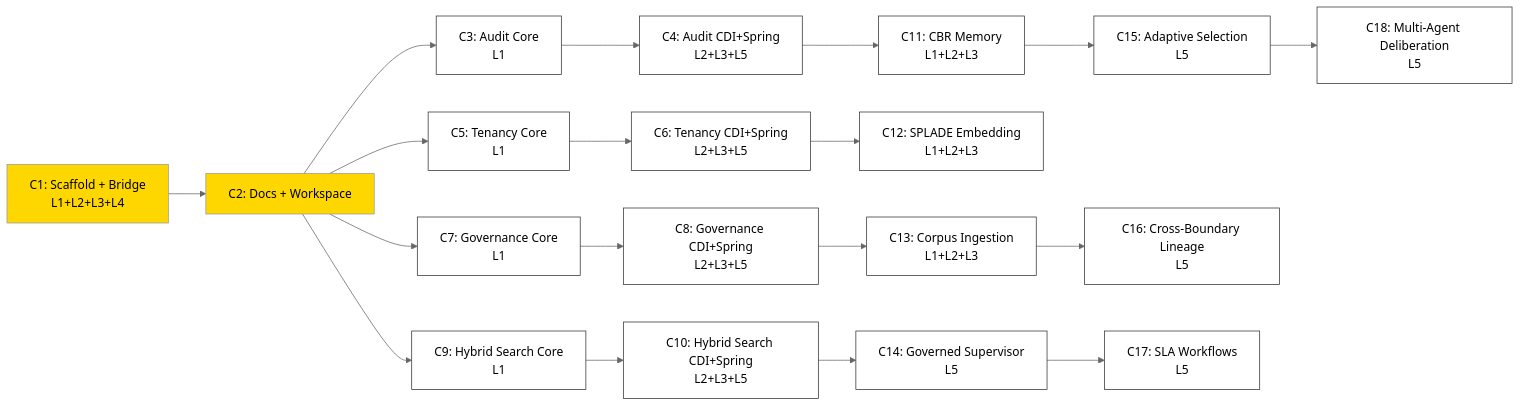
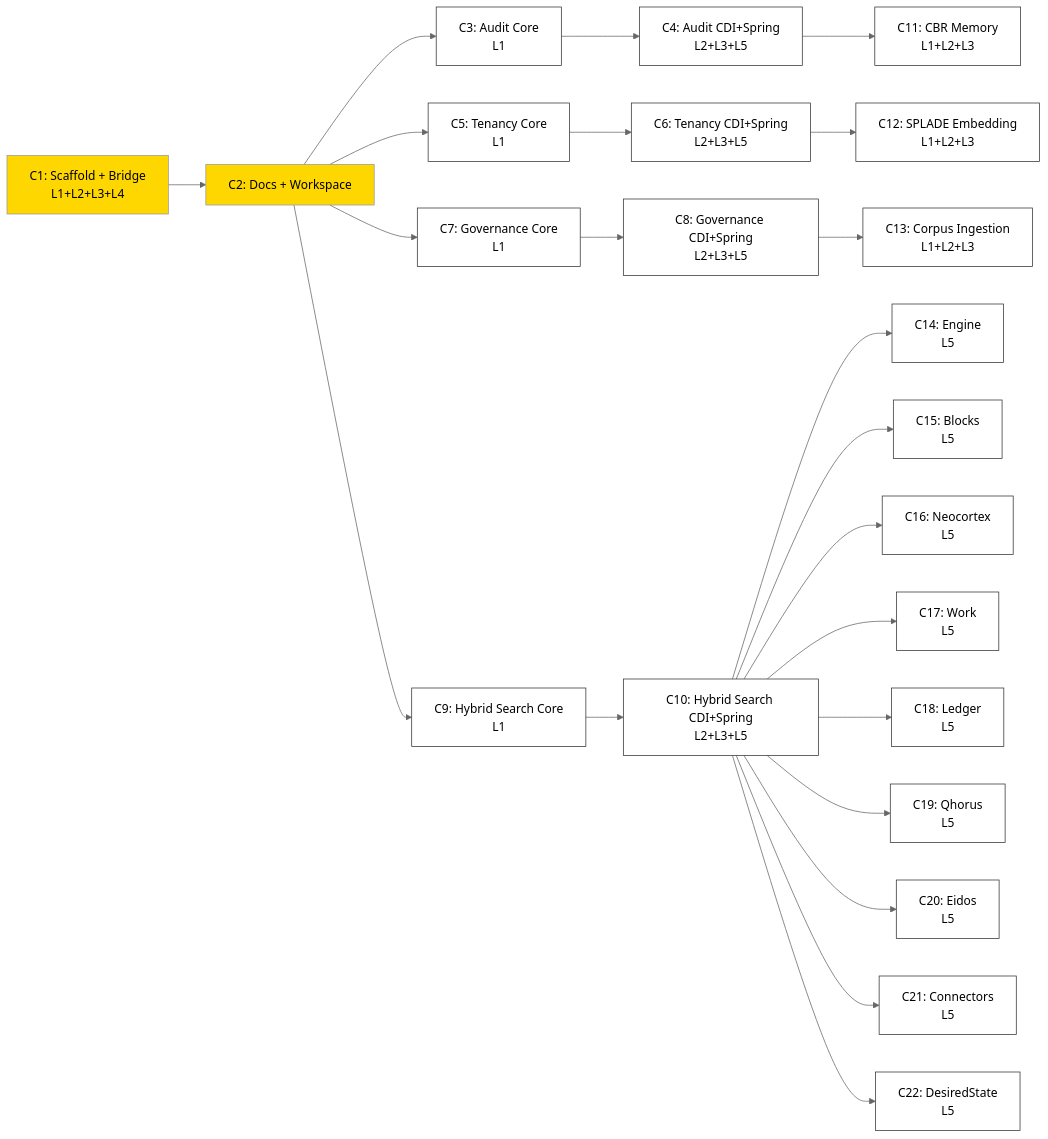
One commit to casehubio/casehub-langchain4j changed the sixth of 6 diagrams in ARC42STORIES.MD. Above: the diagram before and after it, drawn with Mermaid (neutral theme). The commit also changed other lines of this file, not shown here.

````diff
--- a/ARC42STORIES.MD
+++ b/ARC42STORIES.MD
@@ -370,39 +370,47 @@
 ```mermaid
 flowchart LR
   C1["C1: Scaffold + Bridge\nL1+L2+L3+L4"] --> C2["C2: Docs + Workspace"]
   C2 --> C3["C3: Audit Core\nL1"]
   C2 --> C5["C5: Tenancy Core\nL1"]
   C2 --> C7["C7: Governance Core\nL1"]
   C2 --> C9["C9: Hybrid Search Core\nL1"]
   C3 --> C4["C4: Audit CDI+Spring\nL2+L3+L5"]
   C5 --> C6["C6: Tenancy CDI+Spring\nL2+L3+L5"]
   C7 --> C8["C8: Governance CDI+Spring\nL2+L3+L5"]
   C9 --> C10["C10: Hybrid Search CDI+Spring\nL2+L3+L5"]
   C4 --> C11["C11: CBR Memory\nL1+L2+L3"]
   C6 --> C12["C12: SPLADE Embedding\nL1+L2+L3"]
   C8 --> C13["C13: Corpus Ingestion\nL1+L2+L3"]
-  C10 --> C14["C14: Governed Supervisor\nL5"]
-  C11 --> C15["C15: Adaptive Selection\nL5"]
-  C13 --> C16["C16: Cross-Boundary Lineage\nL5"]
-  C14 --> C17["C17: SLA Workflows\nL5"]
-  C15 --> C18["C18: Multi-Agent Deliberation\nL5"]
+  C10 --> C14["C14: Engine\nL5"]
+  C10 --> C15["C15: Blocks\nL5"]
+  C10 --> C16["C16: Neocortex\nL5"]
+  C10 --> C17["C17: Work\nL5"]
+  C10 --> C18["C18: Ledger\nL5"]
+  C10 --> C19["C19: Qhorus\nL5"]
+  C10 --> C20["C20: Eidos\nL5"]
+  C10 --> C21["C21: Connectors\nL5"]
+  C10 --> C22["C22: DesiredState\nL5"]
 
   style C1 fill:#FFD700,color:#000
   style C2 fill:#FFD700,color:#000
   style C3 fill:#FFFFFF,stroke:#333
   style C4 fill:#FFFFFF,stroke:#333
   style C5 fill:#FFFFFF,stroke:#333
   style C6 fill:#FFFFFF,stroke:#333
   style C7 fill:#FFFFFF,stroke:#333
   style C8 fill:#FFFFFF,stroke:#333
   style C9 fill:#FFFFFF,stroke:#333
   style C10 fill:#FFFFFF,stroke:#333
   style C11 fill:#FFFFFF,stroke:#333
   style C12 fill:#FFFFFF,stroke:#333
   style C13 fill:#FFFFFF,stroke:#333
   style C14 fill:#FFFFFF,stroke:#333
   style C15 fill:#FFFFFF,stroke:#333
   style C16 fill:#FFFFFF,stroke:#333
   style C17 fill:#FFFFFF,stroke:#333
   style C18 fill:#FFFFFF,stroke:#333
+  style C19 fill:#FFFFFF,stroke:#333
+  style C20 fill:#FFFFFF,stroke:#333
+  style C21 fill:#FFFFFF,stroke:#333
+  style C22 fill:#FFFFFF,stroke:#333
 ```
````
